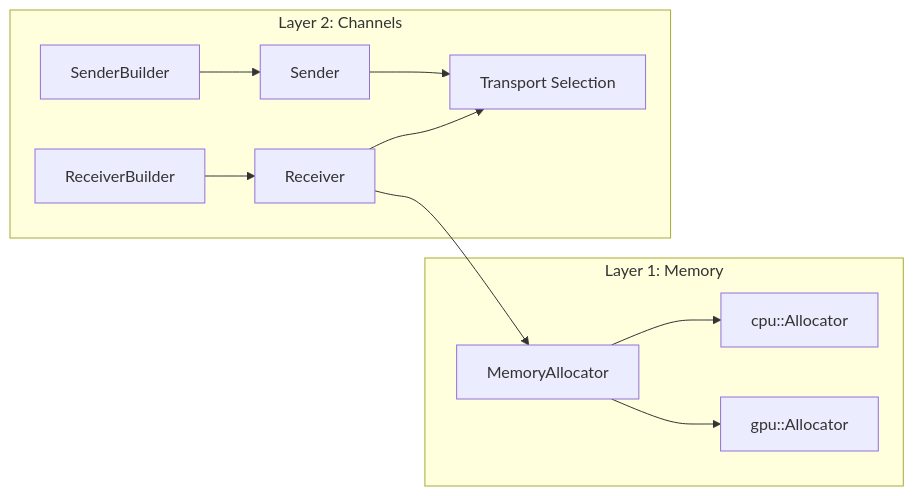
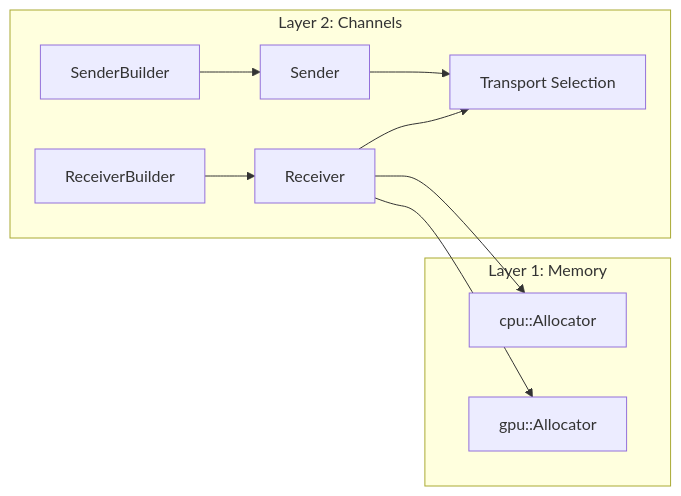
Before and after one commit to parsd/lava-flow: the diagram in doc/spec/architecture.md, drawn with Mermaid. The commit also changed other lines of this file and 27 other files, not shown here.

Commit message:
Implemented gpu.Allocator for Vulkan runtime with external handle export

````diff
--- a/doc/spec/architecture.md
+++ b/doc/spec/architecture.md
@@ -15,24 +15,22 @@
 ```mermaid
 flowchart LR
   subgraph L1[Layer 1: Memory]
-    MA[MemoryAllocator]
     CPU[cpu::Allocator]
     GPU[gpu::Allocator]
   end
 
   subgraph L2[Layer 2: Channels]
     SB[SenderBuilder]
     RB[ReceiverBuilder]
     TX[Sender]
     RX[Receiver]
     TR[Transport Selection]
   end
 
-  MA --> CPU
-  MA --> GPU
   SB --> TX
   RB --> RX
-  RX --> MA
+  RX --> CPU
+  RX --> GPU
   TX --> TR
   RX --> TR
 ```
````
